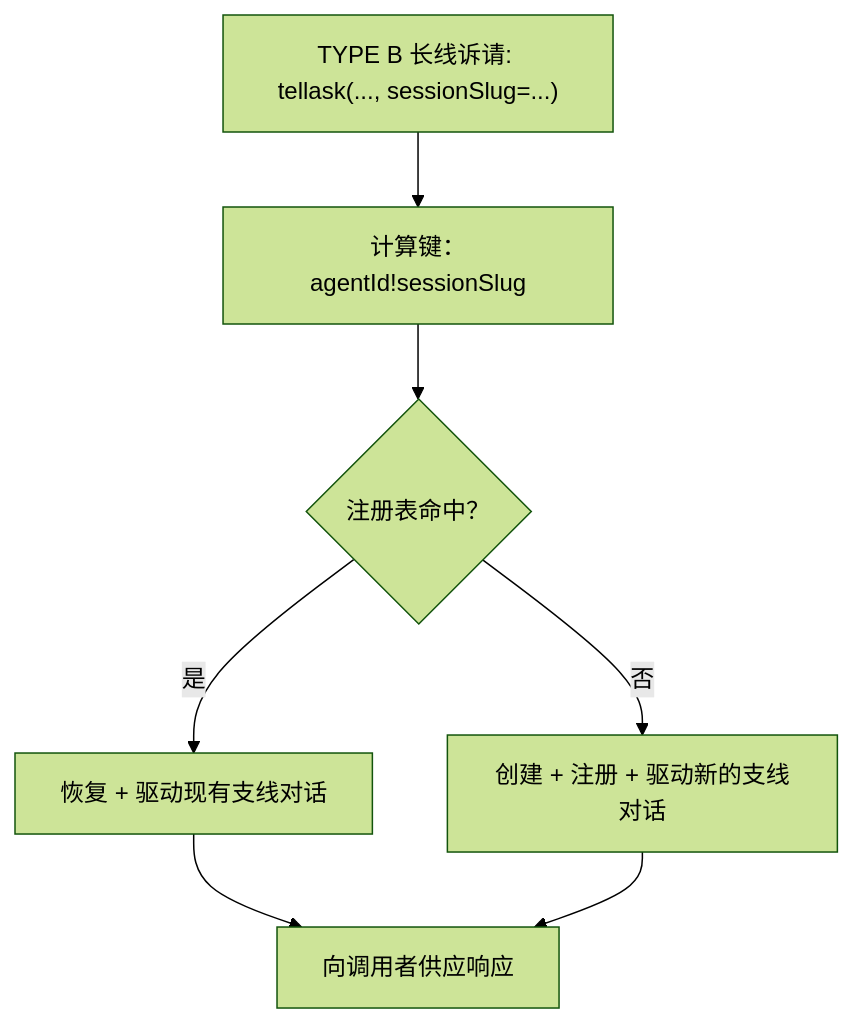
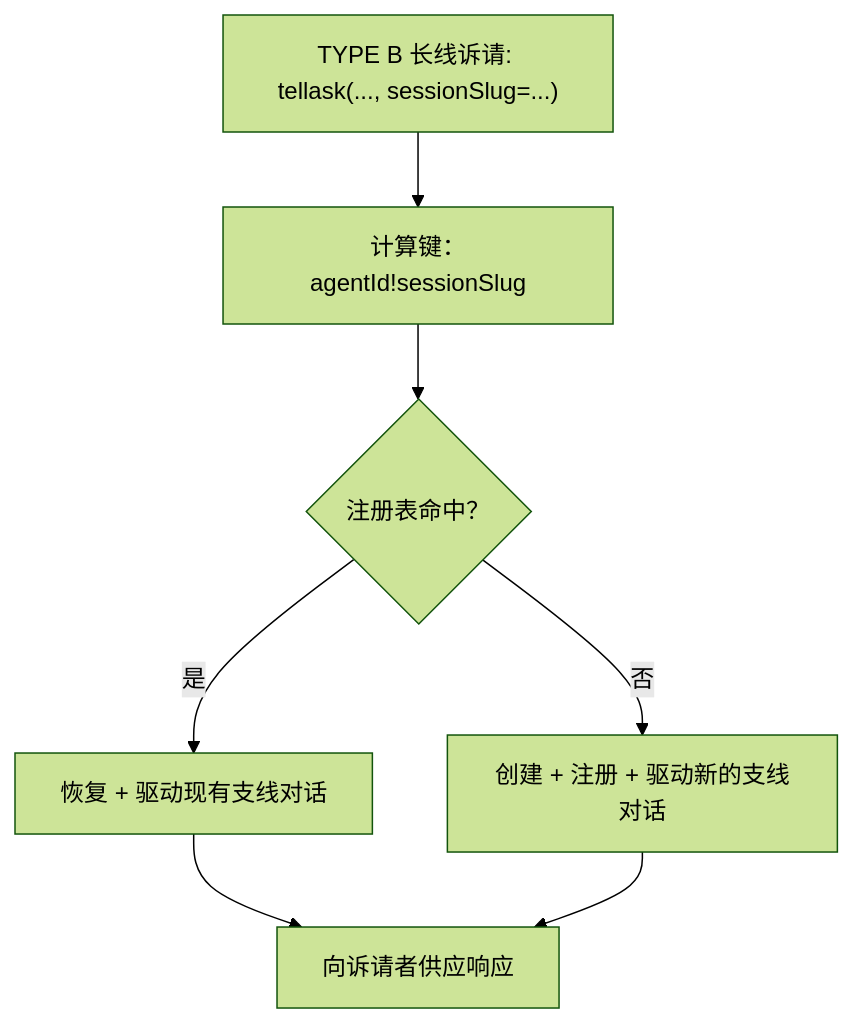
Before and after one commit to longrun-ai/dominds: the eighth of 19 diagrams in docs/dialog-system.zh.md, drawn with Mermaid (forest theme). The commit also changed other lines of this file and 105 other files, not shown here.

````diff
--- a/docs/dialog-system.zh.md
+++ b/docs/dialog-system.zh.md
@@ -881,9 +879,9 @@
 ```mermaid
 flowchart TD
   Tellask["TYPE B 长线诉请: tellask(..., sessionSlug=...)"] --> Key[计算键：agentId!sessionSlug]
   Key --> Lookup{注册表命中？}
   Lookup -- 是 --> Resume[恢复 + 驱动现有支线对话]
   Lookup -- 否 --> Create[创建 + 注册 + 驱动新的支线对话]
-  Resume --> Supply[向调用者供应响应]
+  Resume --> Supply[向诉请者供应响应]
   Create --> Supply
 ```
````
